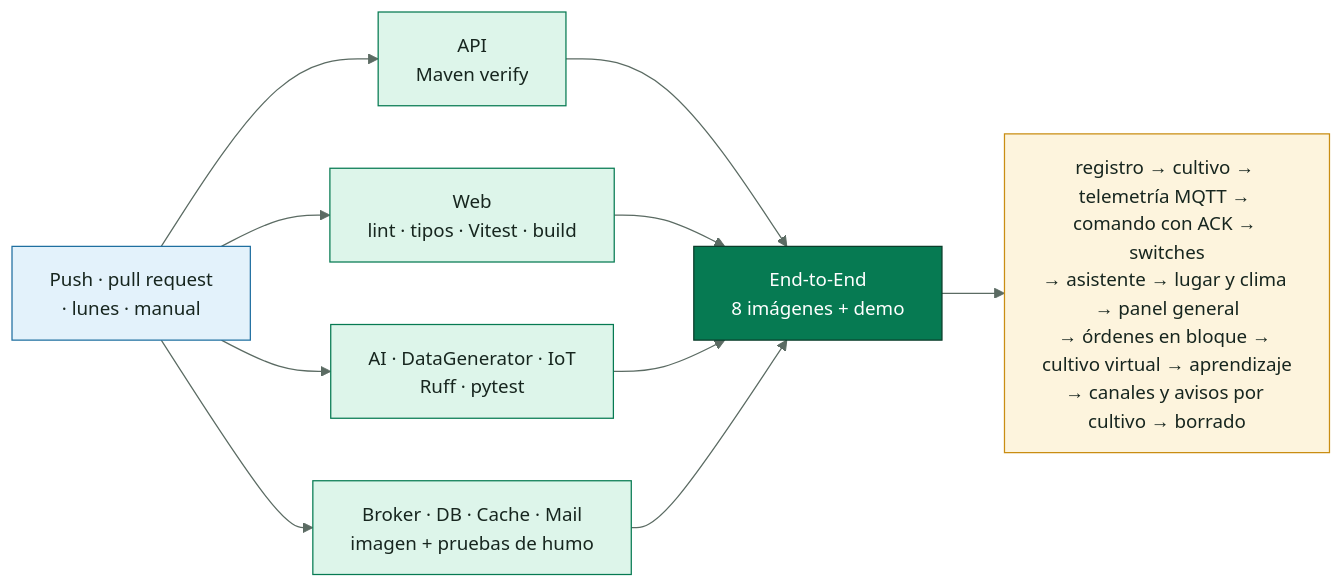
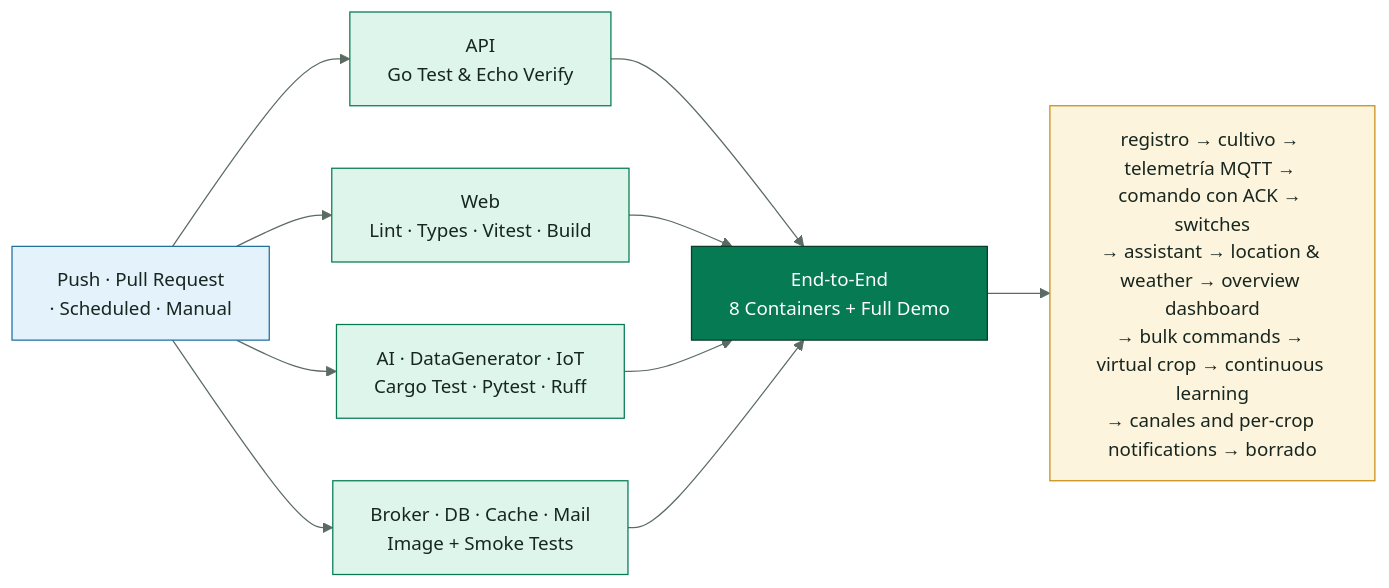
One commit to SmartPotTech/.github changed diagram 14 of 14 in docs/SmartPot_Technical_Documentation.md. Above: the diagram before and after it, drawn with Mermaid. The commit also changed other lines of this file and 186 other files, not shown here.

Commit message:
docs(specs): synchronize 100% english organization documentation, diagrams, and formal deliverables

````diff
--- a/docs/SmartPot_Technical_Documentation.md
+++ b/docs/SmartPot_Technical_Documentation.md
@@ -1456,21 +761,21 @@
 ```mermaid
 %%{init: {"theme": "base", "fontFamily": "Segoe UI, Arial, sans-serif", "themeVariables": {"fontFamily": "Segoe UI, Arial, sans-serif", "fontSize": "15px", "primaryColor": "#DDF5EA", "primaryTextColor": "#17261F", "primaryBorderColor": "#067A52", "secondaryColor": "#E3F2FB", "secondaryTextColor": "#17261F", "secondaryBorderColor": "#1F6FA0", "tertiaryColor": "#F2F7F4", "tertiaryTextColor": "#17261F", "tertiaryBorderColor": "#D5E3DC", "lineColor": "#5B6B63", "textColor": "#17261F", "mainBkg": "#DDF5EA", "nodeBorder": "#067A52", "clusterBkg": "#F7FAF8", "clusterBorder": "#D5E3DC", "edgeLabelBackground": "#FFFFFF", "actorBkg": "#067A52", "actorBorder": "#0B3D2B", "actorTextColor": "#FFFFFF", "actorLineColor": "#5B6B63", "signalColor": "#17261F", "signalTextColor": "#17261F", "labelBoxBkgColor": "#0B3D2B", "labelBoxBorderColor": "#0B3D2B", "labelTextColor": "#FFFFFF", "loopTextColor": "#0B3D2B", "noteBkgColor": "#FDF4DD", "noteBorderColor": "#C98D12", "noteTextColor": "#17261F", "activationBkgColor": "#DDF5EA", "activationBorderColor": "#067A52", "attributeBackgroundColorOdd": "#FFFFFF", "attributeBackgroundColorEven": "#F2F7F4"}}}%%
 flowchart LR
-  trigger["Push · pull request<br/>· lunes · manual"] --> api["API<br/>Maven verify"]
-  trigger --> web["Web<br/>lint · tipos · Vitest · build"]
-  trigger --> py["AI · DataGenerator · IoT<br/>Ruff · pytest"]
-  trigger --> ct["Broker · DB · Cache · Mail<br/>imagen + pruebas de humo"]
-  api --> e2e["End-to-End<br/>8 imágenes + demo"]
+  trigger["Push · Pull Request<br/>· Scheduled · Manual"] --> api["API<br/>Go Test & Echo Verify"]
+  trigger --> web["Web<br/>Lint · Types · Vitest · Build"]
+  trigger --> py["AI · DataGenerator · IoT<br/>Cargo Test · Pytest · Ruff"]
+  trigger --> ct["Broker · DB · Cache · Mail<br/>Image + Smoke Tests"]
+  api --> e2e["End-to-End<br/>8 Containers + Full Demo"]
   web --> e2e
   py --> e2e
   ct --> e2e
-  e2e --> flow["registro → cultivo → telemetría MQTT → comando con ACK → switches<br/>→ asistente → lugar y clima → panel general<br/>→ órdenes en bloque → cultivo virtual → aprendizaje<br/>→ canales y avisos por cultivo → borrado"]
+  e2e --> flow["registro → cultivo → telemetría MQTT → comando con ACK → switches<br/>→ assistant → location & weather → overview dashboard<br/>→ bulk commands → virtual crop → continuous learning<br/>→ canales and per-crop notifications → borrado"]
   classDef start fill:#E3F2FB,stroke:#1F6FA0,color:#17261F
   classDef job fill:#DDF5EA,stroke:#067A52,color:#17261F
   classDef final fill:#067A52,stroke:#0B3D2B,color:#FFFFFF
   classDef detail fill:#FDF4DD,stroke:#C98D12,color:#17261F
   class trigger start
   class api,web,py,ct job
   class e2e final
   class flow detail
 ```
````
